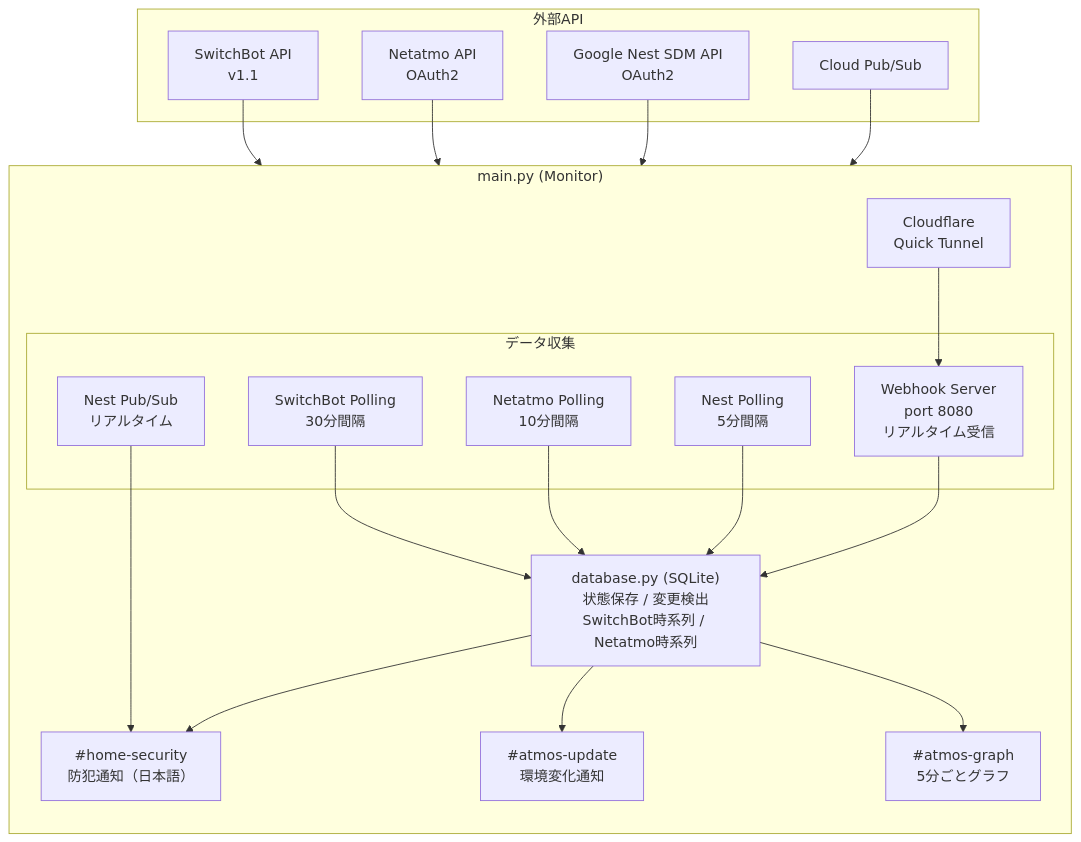
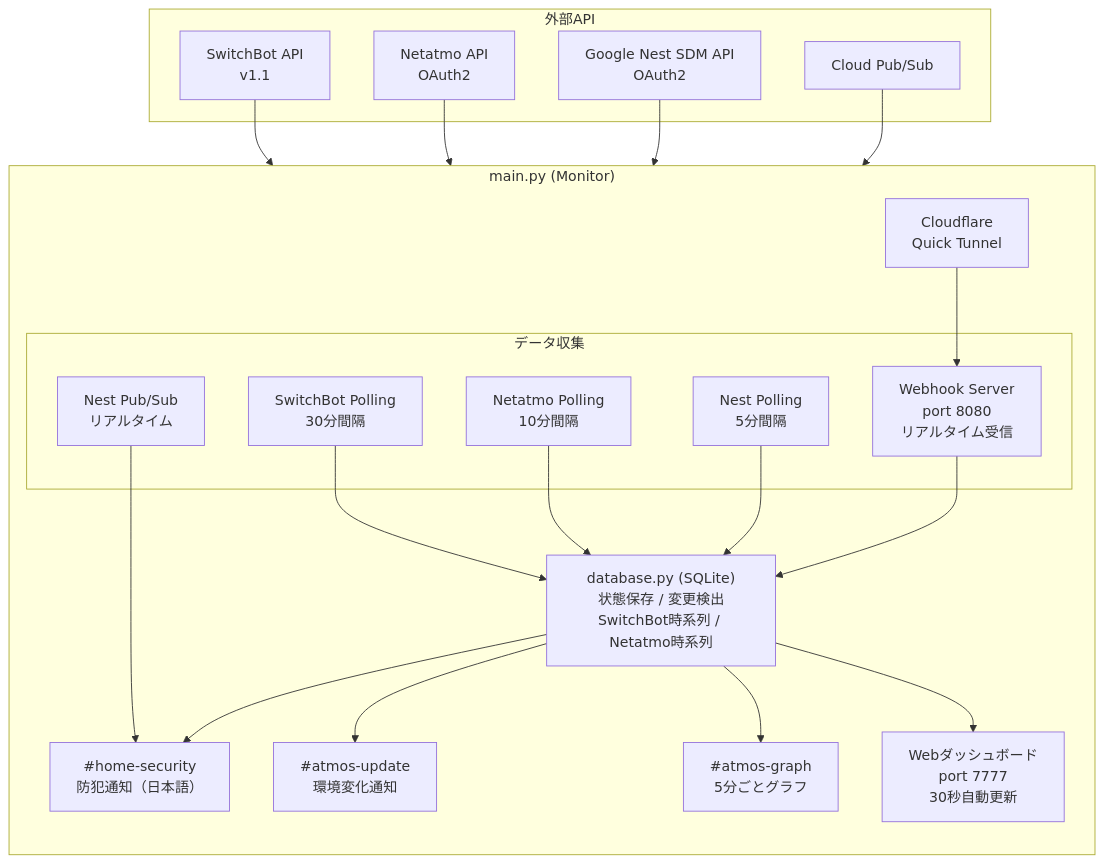
One commit to tubone24/switchbot-hub changed the diagram in README.md. Above: the diagram before and after it, drawn with Mermaid. The commit also changed other lines of this file, not shown here.

Commit message:
feat(dashboard): Webダッシュボードの機能を追加

````diff
--- a/README.md
+++ b/README.md
@@ -720,40 +758,41 @@
 ```mermaid
 flowchart TB
     subgraph main["main.py (Monitor)"]
         direction TB
 
         subgraph input["データ収集"]
             sbPolling["SwitchBot Polling<br/>30分間隔"]
             naPolling["Netatmo Polling<br/>10分間隔"]
             nestPolling["Nest Polling<br/>5分間隔"]
             nestPubsub["Nest Pub/Sub<br/>リアルタイム"]
             webhook["Webhook Server<br/>port 8080<br/>リアルタイム受信"]
         end
 
         cf["Cloudflare<br/>Quick Tunnel"] --> webhook
 
         sbPolling --> db
         naPolling --> db
         nestPolling --> db
         nestPubsub --> security
         webhook --> db
 
         db["database.py (SQLite)<br/>状態保存 / 変更検出<br/>SwitchBot時系列 / Netatmo時系列"]
 
         db --> security["#home-security<br/>防犯通知（日本語）"]
         db --> atmos["#atmos-update<br/>環境変化通知"]
         db --> atmosGraph["#atmos-graph<br/>5分ごとグラフ"]
+        db --> dashboard["Webダッシュボード<br/>port 7777<br/>30秒自動更新"]
     end
 
     subgraph external["外部API"]
         sbAPI["SwitchBot API<br/>v1.1"]
         naAPI["Netatmo API<br/>OAuth2"]
         nestAPI["Google Nest SDM API<br/>OAuth2"]
         pubsub["Cloud Pub/Sub"]
     end
 
     sbAPI --> sbPolling
     naAPI --> naPolling
     nestAPI --> nestPolling
     pubsub --> nestPubsub
 ```
````
